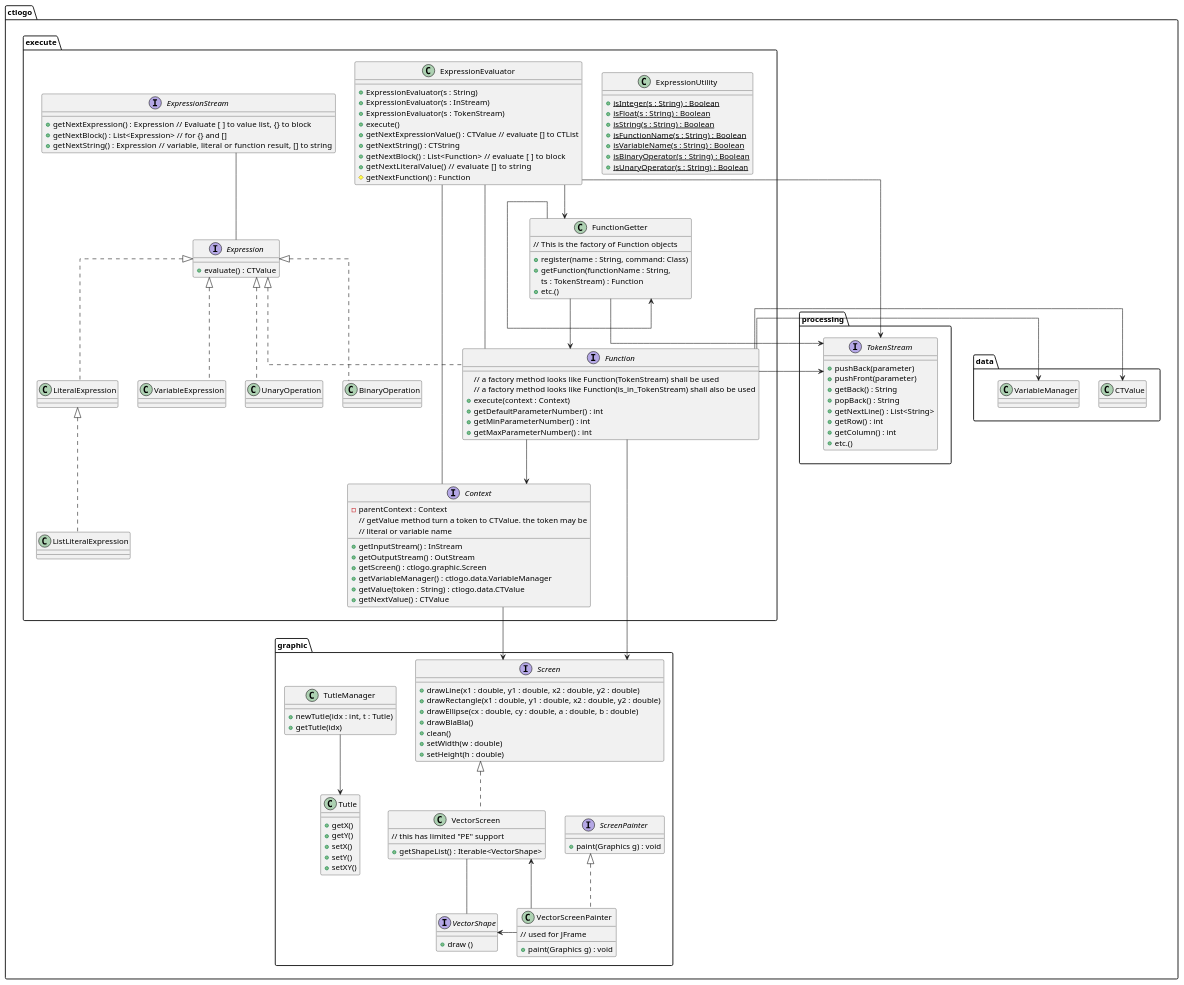
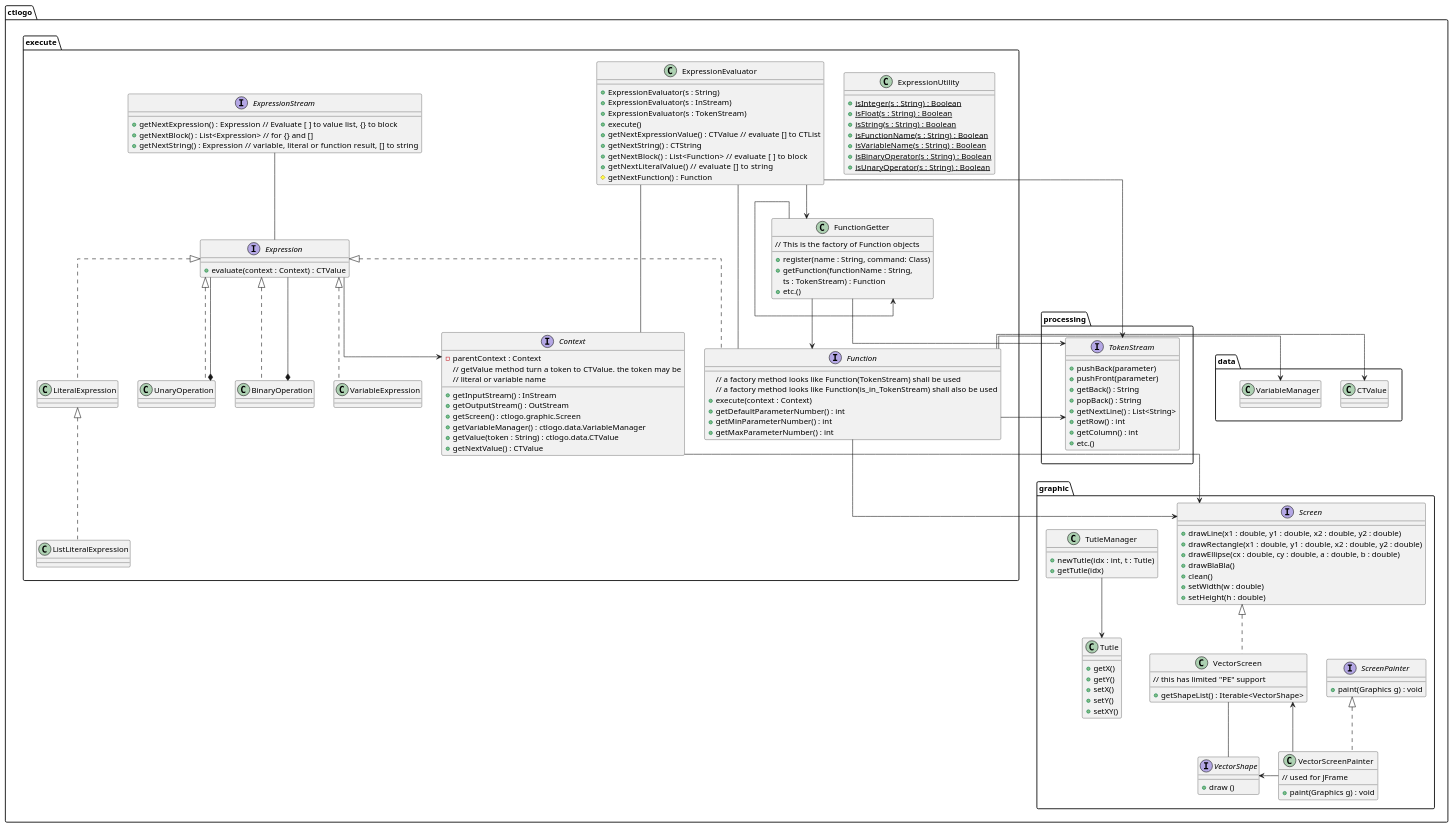
Before and after one commit to yangwenbo99/CTLogo: the first of 4 diagrams in Docs/design/overall.md, drawn with PlantUML. The commit also changed 3 other files, not shown here.

```diff
--- a/Docs/design/overall.md
+++ b/Docs/design/overall.md
@@ -41,7 +41,7 @@
         + {static} isUnaryOperator(s : String) : Boolean
     }
     interface Expression {
-        + evaluate() : CTValue
+        + evaluate(context : Context) : CTValue
     }
 
     interface ExpressionStream {
@@ -98,14 +98,16 @@
     ExpressionEvaluator -- Context
 
     FunctionGetter --> Function
-    Function --> Context
+    Expression --> Context
 
     Expression <|.. Function
     Expression <|.. LiteralExpression
     LiteralExpression <|.. ListLiteralExpression
     Expression <|.. VariableExpression
     Expression <|.. UnaryOperation
+    Expression --* UnaryOperation
     Expression <|.. BinaryOperation
+    Expression --* BinaryOperation
 
     ExpressionStream -- Expression
 }
```
